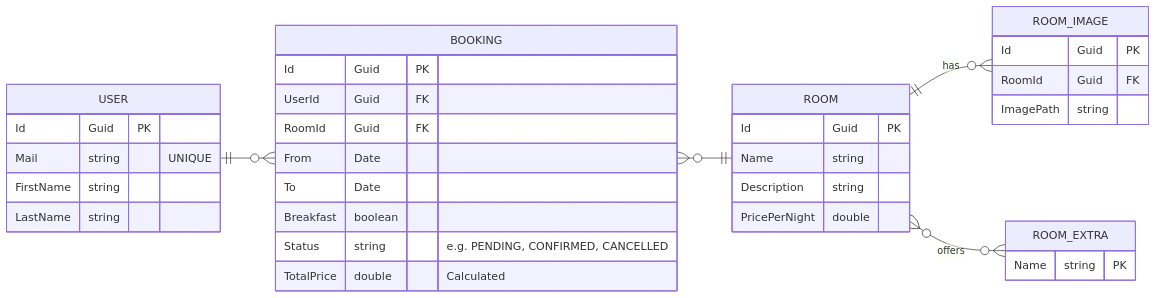
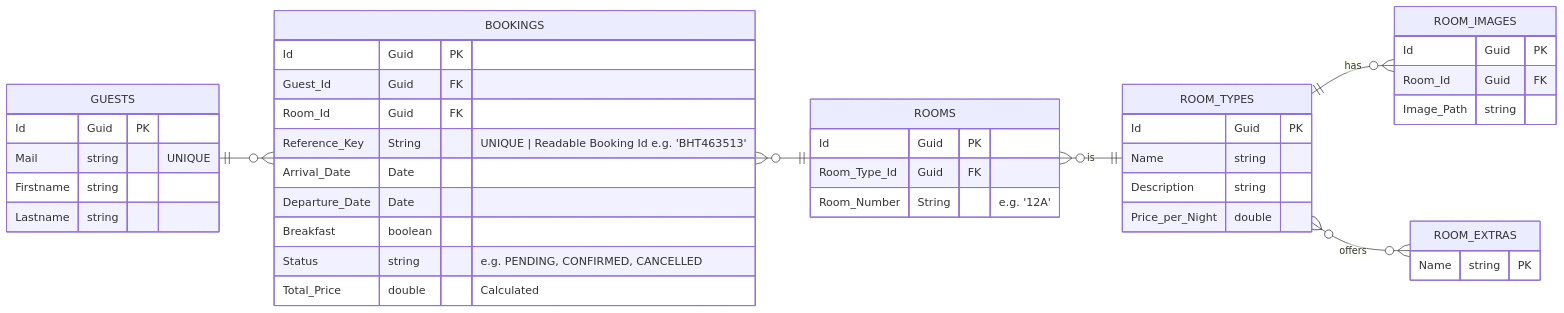
One commit to lammer-fh/semester-project-2026-mse26_team_teamarbeit changed the diagram in Documentation/DB_Design.md. Above: the diagram before and after it, drawn with Mermaid.

Commit message:
Updated DB-Design based on feedback

````diff
--- a/Documentation/DB_Design.md
+++ b/Documentation/DB_Design.md
@@ -1,38 +1,45 @@
 ```mermaid
     erDiagram
         direction LR
-        USER ||--o{ BOOKING: ""
-        BOOKING }o--|| ROOM: ""
-        ROOM ||--o{ ROOM_IMAGE: "has"
-        ROOM }o--o{ ROOM_EXTRA: "offers"
-        USER {
+        GUESTS ||--o{ BOOKINGS: ""
+        BOOKINGS }o--|| ROOMS: ""
+        ROOMS }o--|| ROOM_TYPES: "is"
+        ROOM_TYPES ||--o{ ROOM_IMAGES: "has"
+        ROOM_TYPES }o--o{ ROOM_EXTRAS: "offers"
+        GUESTS {
             Id Guid PK
             Mail string "UNIQUE"
-            FirstName string
-            LastName string
+            Firstname string
+            Lastname string
         }
-        BOOKING {
-            Id Guid PK
-            UserId Guid FK
-            RoomId Guid FK
-            From Date
-            To Date
+        BOOKINGS {
+            Id Guid PK 
+            Guest_Id Guid FK
+            Room_Id Guid FK
+            Reference_Key String "UNIQUE | Readable Booking Id e.g. 'BHT463513'"
+            Arrival_Date Date
+            Departure_Date Date
             Breakfast boolean
             Status string "e.g. PENDING, CONFIRMED, CANCELLED"
-            TotalPrice double "Calculated"
+            Total_Price double "Calculated"
         }
-        ROOM {
+        ROOMS {
+            Id Guid PK
+            Room_Type_Id Guid FK
+            Room_Number String "e.g. '12A'"
+        }
+        ROOM_TYPES {
             Id Guid PK
             Name string
             Description string
-            PricePerNight double
+            Price_per_Night double
         }
-        ROOM_IMAGE {
+        ROOM_IMAGES {
             Id Guid PK
-            RoomId Guid FK
-            ImagePath string
+            Room_Id Guid FK
+            Image_Path string
         }
-        ROOM_EXTRA {
+        ROOM_EXTRAS {
             Name string PK
         }
 ```
````
